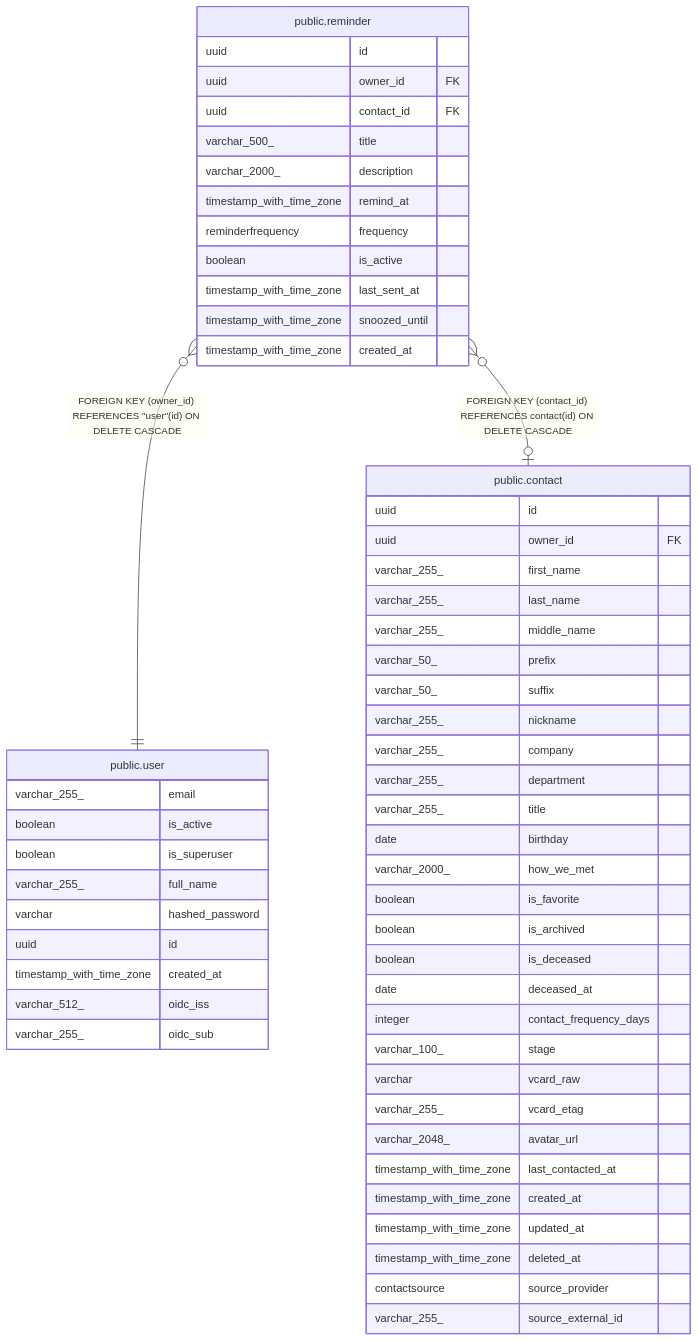
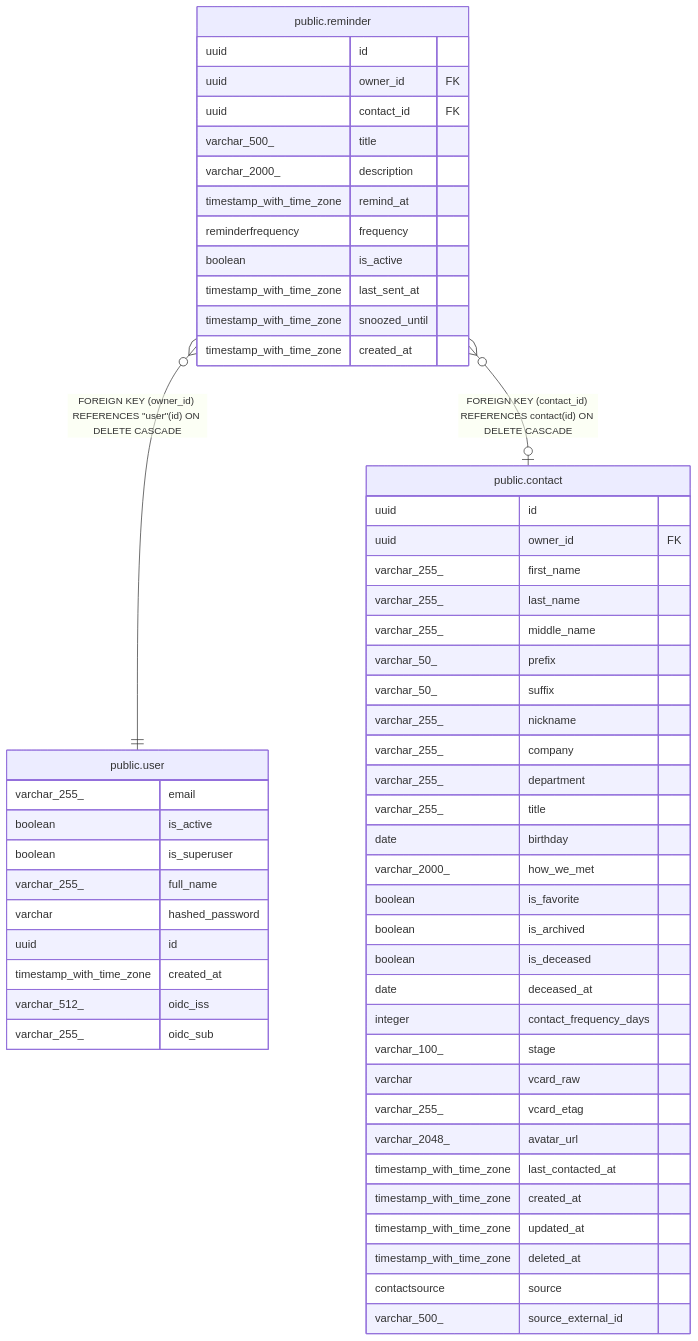
The diagram in docs/db/public.reminder.md (pike00/Kindred), drawn with Mermaid before and after one commit. The commit also changed 20 other files, not shown here.

Commit message:
docs: regenerate db schema docs (communication_preference + source renames)

````diff
--- a/docs/db/public.reminder.md
+++ b/docs/db/public.reminder.md
@@ -50,61 +50,61 @@
 ```mermaid
 erDiagram
 
 "public.reminder" }o--|| "public.user" : "FOREIGN KEY (owner_id) REFERENCES #quot;user#quot;(id) ON DELETE CASCADE"
 "public.reminder" }o--o| "public.contact" : "FOREIGN KEY (contact_id) REFERENCES contact(id) ON DELETE CASCADE"
 
 "public.reminder" {
   uuid id
   uuid owner_id FK
   uuid contact_id FK
   varchar_500_ title
   varchar_2000_ description
   timestamp_with_time_zone remind_at
   reminderfrequency frequency
   boolean is_active
   timestamp_with_time_zone last_sent_at
   timestamp_with_time_zone snoozed_until
   timestamp_with_time_zone created_at
 }
 "public.user" {
   varchar_255_ email
   boolean is_active
   boolean is_superuser
   varchar_255_ full_name
   varchar hashed_password
   uuid id
   timestamp_with_time_zone created_at
   varchar_512_ oidc_iss
   varchar_255_ oidc_sub
 }
 "public.contact" {
   uuid id
   uuid owner_id FK
   varchar_255_ first_name
   varchar_255_ last_name
   varchar_255_ middle_name
   varchar_50_ prefix
   varchar_50_ suffix
   varchar_255_ nickname
   varchar_255_ company
   varchar_255_ department
   varchar_255_ title
   date birthday
   varchar_2000_ how_we_met
   boolean is_favorite
   boolean is_archived
   boolean is_deceased
   date deceased_at
   integer contact_frequency_days
   varchar_100_ stage
   varchar vcard_raw
   varchar_255_ vcard_etag
   varchar_2048_ avatar_url
   timestamp_with_time_zone last_contacted_at
   timestamp_with_time_zone created_at
   timestamp_with_time_zone updated_at
   timestamp_with_time_zone deleted_at
-  contactsource source_provider
-  varchar_255_ source_external_id
+  contactsource source
+  varchar_500_ source_external_id
 }
 ```
````
